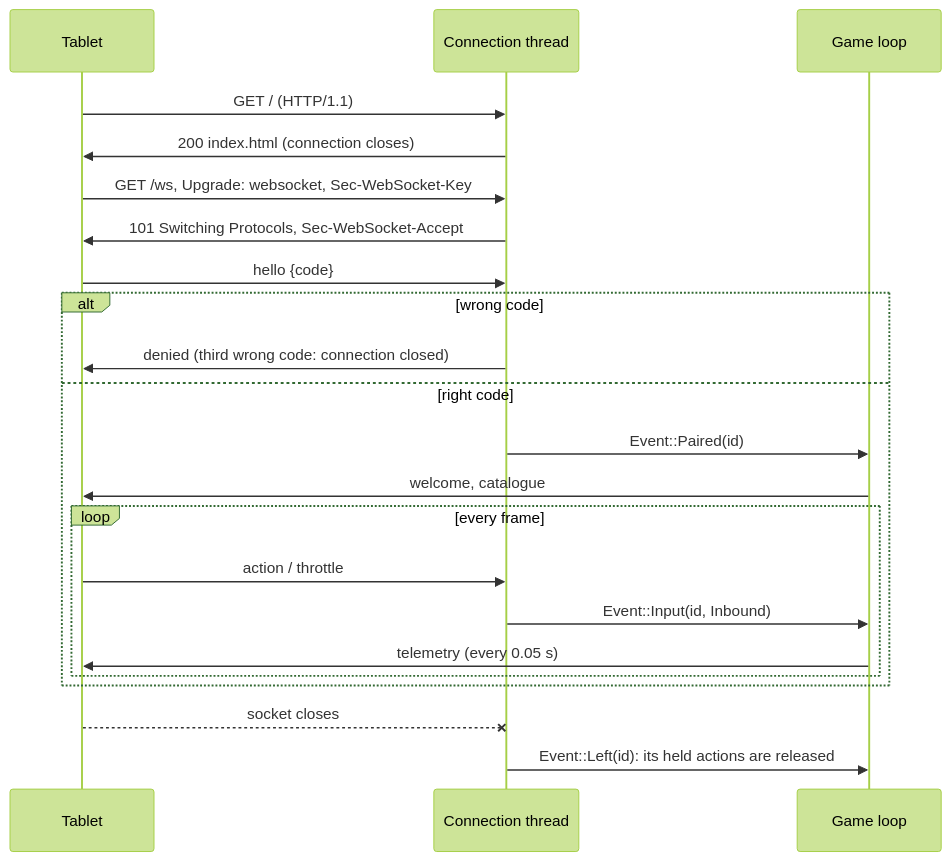
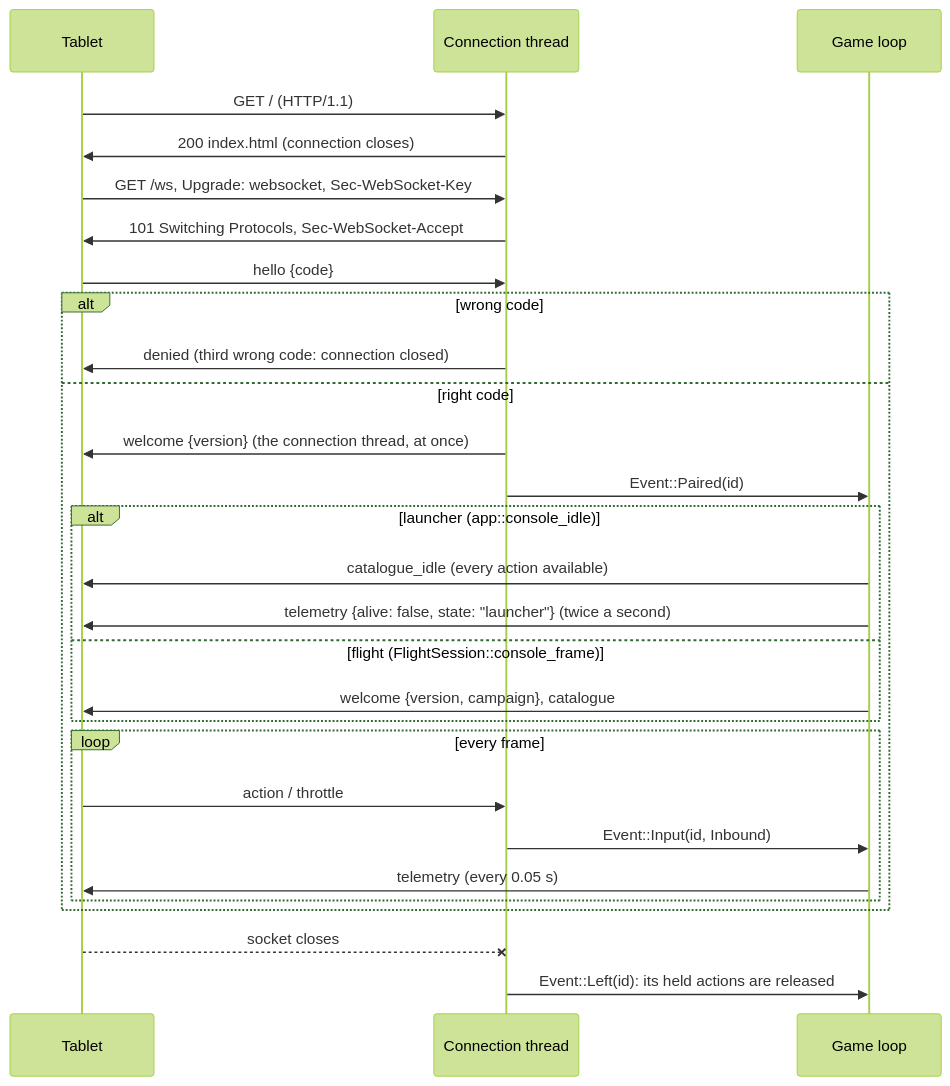
The second of 2 diagrams in docs/implementation/architecture/remote.md (bbogovich/OpenInterceptor), drawn with Mermaid (forest theme) before and after one commit. The commit also changed other lines of this file and 27 other files, not shown here.

````diff
--- a/docs/implementation/architecture/remote.md
+++ b/docs/implementation/architecture/remote.md
@@ -55,24 +61,30 @@
 ```mermaid
 sequenceDiagram
     participant T as Tablet
     participant S as Connection thread
     participant G as Game loop
     T->>S: GET / (HTTP/1.1)
     S->>T: 200 index.html (connection closes)
     T->>S: GET /ws, Upgrade: websocket, Sec-WebSocket-Key
     S->>T: 101 Switching Protocols, Sec-WebSocket-Accept
     T->>S: hello {code}
     alt wrong code
         S->>T: denied (third wrong code: connection closed)
     else right code
+        S->>T: welcome {version} (the connection thread, at once)
         S->>G: Event::Paired(id)
-        G->>T: welcome, catalogue
+        alt launcher (app::console_idle)
+            G->>T: catalogue_idle (every action available)
+            G->>T: telemetry {alive: false, state: "launcher"} (twice a second)
+        else flight (FlightSession::console_frame)
+            G->>T: welcome {version, campaign}, catalogue
+        end
         loop every frame
             T->>S: action / throttle
             S->>G: Event::Input(id, Inbound)
             G->>T: telemetry (every 0.05 s)
         end
     end
     T--xS: socket closes
     S->>G: Event::Left(id): its held actions are released
 ```
````
